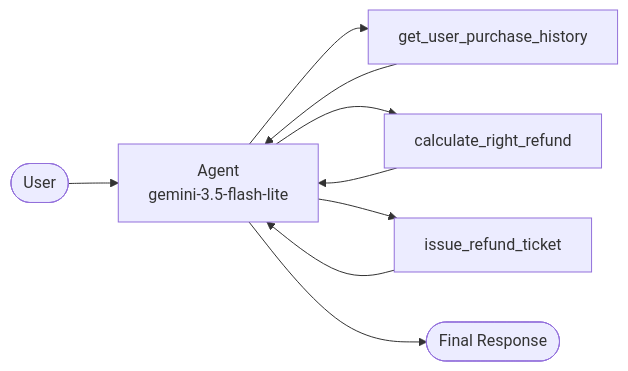
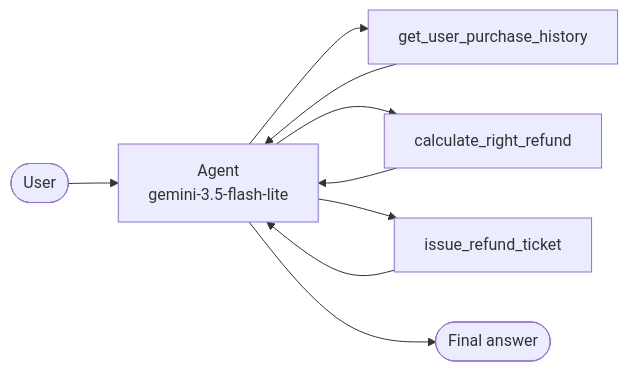
The diagram in README.md (tilakchow/RefundAgent), drawn with Mermaid before and after one commit. The commit also changed other lines of this file and 1 other file, not shown here.

````diff
--- a/README.md
+++ b/README.md
@@ -44,11 +40,11 @@
 ```mermaid
 flowchart LR
     U([User]) --> A[Agent\ngemini-3.5-flash-lite]
     A --> T1[get_user_purchase_history]
     T1 --> A
     A --> T2[calculate_right_refund]
     T2 --> A
     A --> T3[issue_refund_ticket]
     T3 --> A
-    A --> R([Final Response])
+    A --> R([Final answer])
 ```
````
